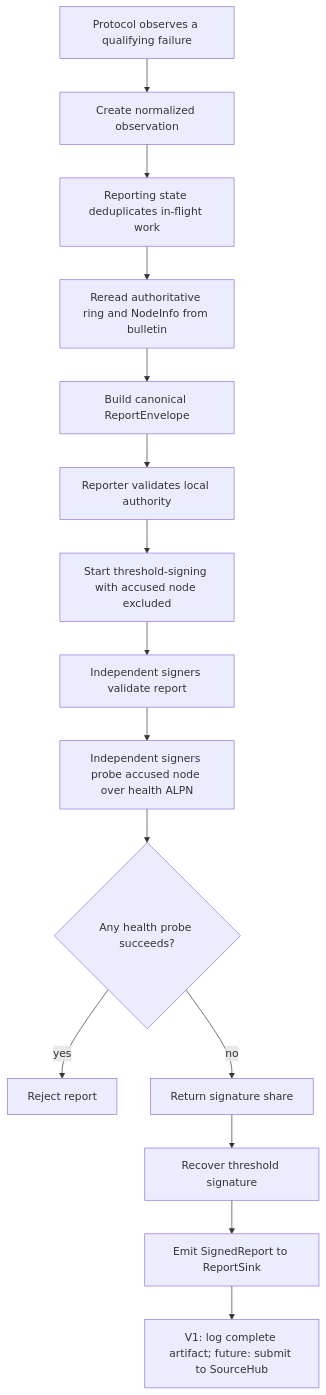
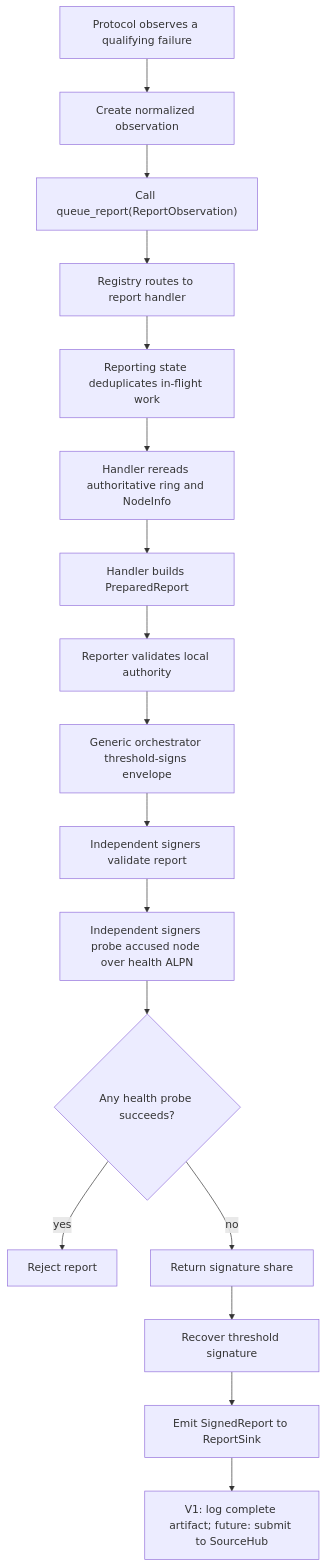
Before and after one commit to sourcenetwork/orbis-rs: the diagram in bin/orbis-node/src/reporting/README.md, drawn with Mermaid. The commit also changed other lines of this file and 6 other files, not shown here.

````diff
--- a/bin/orbis-node/src/reporting/README.md
+++ b/bin/orbis-node/src/reporting/README.md
@@ -15,17 +15,19 @@
 ```mermaid
 flowchart TD
     A["Protocol observes a qualifying failure"] --> B["Create normalized observation"]
-    B --> C["Reporting state deduplicates in-flight work"]
-    C --> D["Reread authoritative ring and NodeInfo from bulletin"]
-    D --> E["Build canonical ReportEnvelope"]
-    E --> F["Reporter validates local authority"]
-    F --> G["Start threshold-signing with accused node excluded"]
-    G --> H["Independent signers validate report"]
-    H --> I["Independent signers probe accused node over health ALPN"]
-    I --> J{"Any health probe succeeds?"}
-    J -- "yes" --> K["Reject report"]
-    J -- "no" --> L["Return signature share"]
-    L --> M["Recover threshold signature"]
-    M --> N["Emit SignedReport to ReportSink"]
-    N --> O["V1: log complete artifact; future: submit to SourceHub"]
+    B --> C["Call queue_report(ReportObservation)"]
+    C --> D["Registry routes to report handler"]
+    D --> E["Reporting state deduplicates in-flight work"]
+    E --> F["Handler rereads authoritative ring and NodeInfo"]
+    F --> G["Handler builds PreparedReport"]
+    G --> H["Reporter validates local authority"]
+    H --> I["Generic orchestrator threshold-signs envelope"]
+    I --> J["Independent signers validate report"]
+    J --> K["Independent signers probe accused node over health ALPN"]
+    K --> L{"Any health probe succeeds?"}
+    L -- "yes" --> M["Reject report"]
+    L -- "no" --> N["Return signature share"]
+    N --> O["Recover threshold signature"]
+    O --> P["Emit SignedReport to ReportSink"]
+    P --> Q["V1: log complete artifact; future: submit to SourceHub"]
 ```
````
